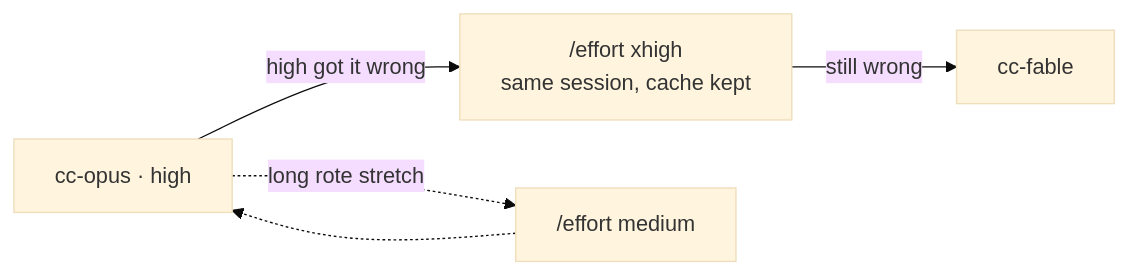
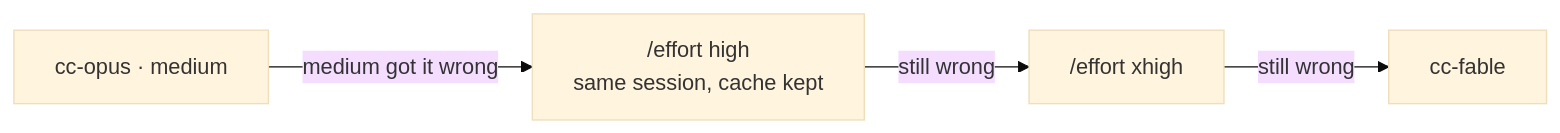
One commit to mrkpatchaa/dotfiles changed the second of 9 diagrams in claude/ARCHITECTURE.md. Above: the diagram before and after it, drawn with Mermaid (base theme). The commit also changed other lines of this file and 3 other files, not shown here.

First line of the commit message:
feat(claude): cc-opus starts at effort medium, CC_OPUS_EFFORT sets it

````diff
--- a/claude/ARCHITECTURE.md
+++ b/claude/ARCHITECTURE.md
@@ -85,6 +85,6 @@
 ```mermaid
 flowchart LR
-  S["cc-opus · high"] -->|"high got it wrong"| X["/effort xhigh<br/>same session, cache kept"]
+  S["cc-opus · medium"] -->|"medium got it wrong"| H["/effort high<br/>same session, cache kept"]
+  H -->|"still wrong"| X["/effort xhigh"]
   X -->|"still wrong"| F["cc-fable"]
-  S -.->|"long rote stretch"| M["/effort medium"] -.-> S
 ```
````
